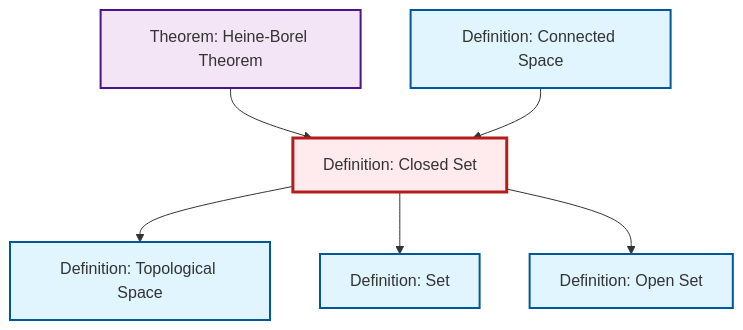
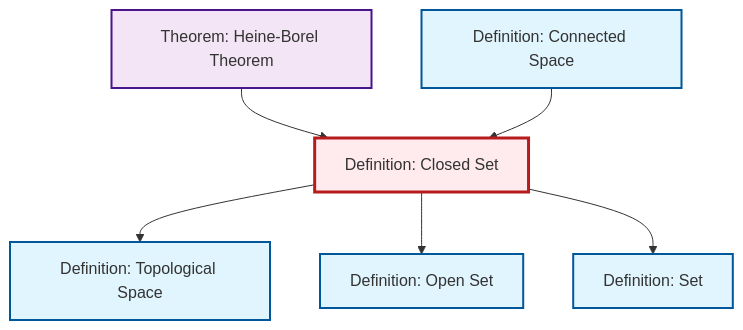
The diagram in content/en/topology/def-closed-set.qmd (RK0429/ModernMath), drawn with Mermaid before and after one commit. The commit also changed other lines of this file and 491 other files, not shown here.

````diff
--- a/content/en/topology/def-closed-set.qmd
+++ b/content/en/topology/def-closed-set.qmd
@@ -44,26 +44,26 @@
 ```{mermaid}
 %%| fig-cap: "Local dependency graph"
 graph TD
     classDef definition fill:#e1f5fe,stroke:#01579b,stroke-width:2px
     classDef theorem fill:#f3e5f5,stroke:#4a148c,stroke-width:2px
     classDef axiom fill:#fff3e0,stroke:#e65100,stroke-width:2px
     classDef example fill:#e8f5e9,stroke:#1b5e20,stroke-width:2px
     classDef current fill:#ffebee,stroke:#b71c1c,stroke-width:3px
     def-closed-set["Definition: Closed Set"]:::definition
+    def-connected["Definition: Connected Space"]:::definition
+    def-topological-space["Definition: Topological Space"]:::definition
+    def-open-set["Definition: Open Set"]:::definition
+    thm-heine-borel["Theorem: Heine-Borel Theorem"]:::theorem
     def-set["Definition: Set"]:::definition
-    def-open-set["Definition: Open Set"]:::definition
-    def-connected["Definition: Connected Space"]:::definition
-    thm-heine-borel["Theorem: Heine-Borel Theorem"]:::theorem
-    def-topological-space["Definition: Topological Space"]:::definition
-    def-closed-set --> def-topological-space
-    def-closed-set --> def-set
-    def-closed-set --> def-open-set
     thm-heine-borel --> def-closed-set
     def-connected --> def-closed-set
+    def-closed-set --> def-topological-space
+    def-closed-set --> def-open-set
+    def-closed-set --> def-set
     class def-closed-set current
+    click def-connected "def-connected.html" "Go to Connected Space definition"
+    click def-topological-space "def-topological-space.html" "Go to Topological Space definition"
+    click def-open-set "def-open-set.html" "Go to Open Set definition"
+    click thm-heine-borel "thm-heine-borel.html" "Go to Heine-Borel Theorem theorem"
     click def-set "def-set.html" "Go to Set definition"
-    click def-open-set "def-open-set.html" "Go to Open Set definition"
-    click def-connected "def-connected.html" "Go to Connected Space definition"
-    click thm-heine-borel "thm-heine-borel.html" "Go to Heine-Borel Theorem theorem"
-    click def-topological-space "def-topological-space.html" "Go to Topological Space definition"
 ```
````
